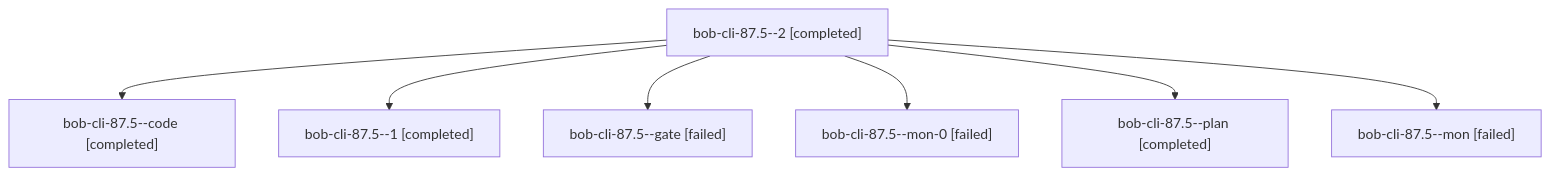
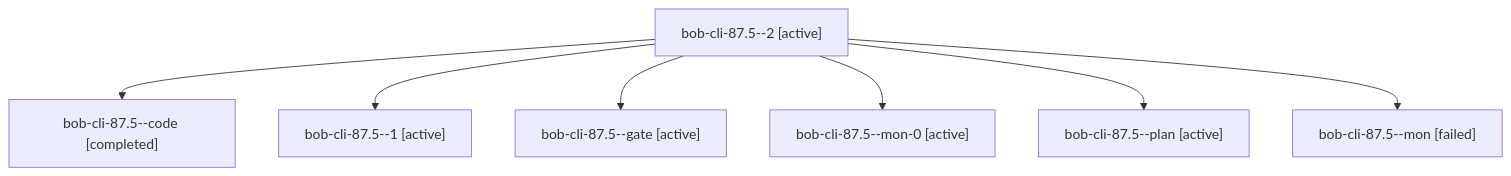
Before and after one commit to bobs-org/bob-cli--agents: the diagram in sessions/bbugyi200.athena.bob-cli-87.5.md, drawn with Mermaid. The commit also changed other lines of this file and 481 other files, not shown here.

````diff
--- a/sessions/bbugyi200.athena.bob-cli-87.5.md
+++ b/sessions/bbugyi200.athena.bob-cli-87.5.md
@@ -9,16 +9,16 @@
 ```mermaid
 flowchart TD
-  n0["bob-cli-87.5--2 [completed]"]
+  n0["bob-cli-87.5--2 [active]"]
   n1["bob-cli-87.5--code [completed]"]
   n0 --> n1
-  n2["bob-cli-87.5--1 [completed]"]
+  n2["bob-cli-87.5--1 [active]"]
   n0 --> n2
-  n3["bob-cli-87.5--gate [failed]"]
+  n3["bob-cli-87.5--gate [active]"]
   n0 --> n3
-  n4["bob-cli-87.5--mon-0 [failed]"]
+  n4["bob-cli-87.5--mon-0 [active]"]
   n0 --> n4
-  n5["bob-cli-87.5--plan [completed]"]
+  n5["bob-cli-87.5--plan [active]"]
   n0 --> n5
   n6["bob-cli-87.5--mon [failed]"]
   n0 --> n6
 ```
````
